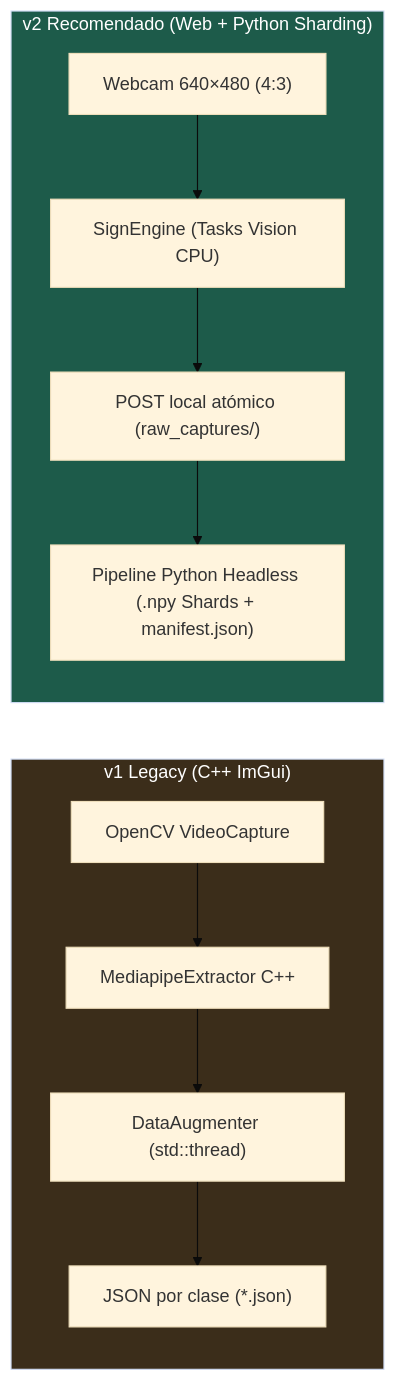
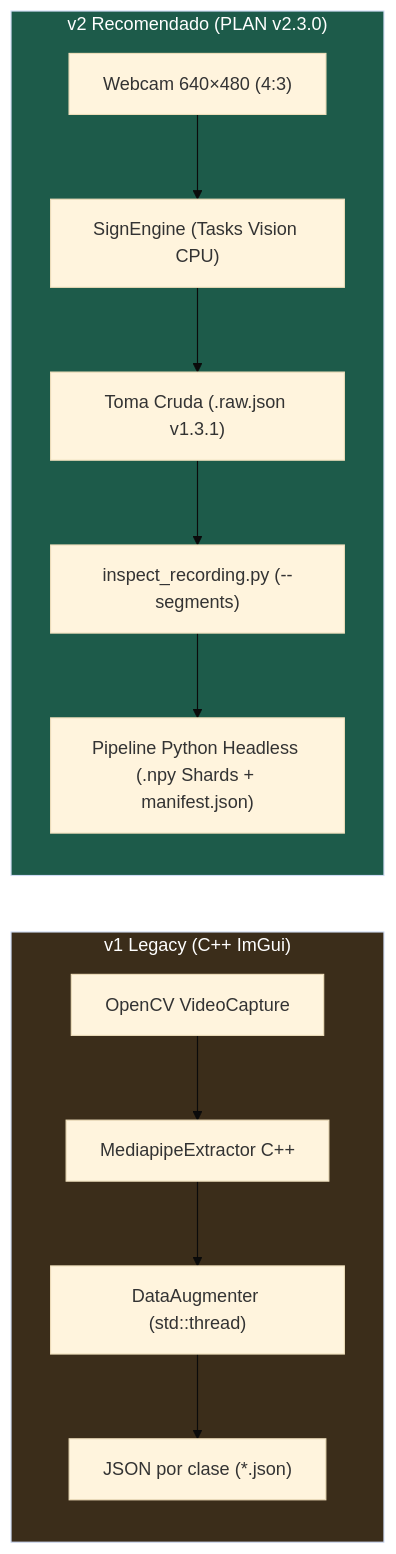
The diagram in Obsidian_exp/Explicacion del codigo/Dataset_Generator/Cpp_Generator.md (Salf423/expresat), drawn with Mermaid (base theme) before and after one commit. The commit also changed other lines of this file and 152 other files, not shown here.

````diff
--- a/Obsidian_exp/Explicacion del codigo/Dataset_Generator/Cpp_Generator.md
+++ b/Obsidian_exp/Explicacion del codigo/Dataset_Generator/Cpp_Generator.md
@@ -37,17 +38,18 @@
 ```mermaid
 flowchart LR
     subgraph Generador_v1 ["v1 Legacy (C++ ImGui)"]
         A1["OpenCV VideoCapture"] --> B1["MediapipeExtractor C++"]
         B1 --> C1["DataAugmenter (std::thread)"]
         C1 --> D1["JSON por clase (*.json)"]
     end
 
-    subgraph Generador_v2 ["v2 Recomendado (Web + Python Sharding)"]
+    subgraph Generador_v2 ["v2 Recomendado (PLAN v2.3.0)"]
         A2["Webcam 640×480 (4:3)"] --> B2["SignEngine (Tasks Vision CPU)"]
-        B2 --> C2["POST local atómico (raw_captures/)"]
-        C2 --> D2["Pipeline Python Headless (.npy Shards + manifest.json)"]
+        B2 --> C2["Toma Cruda (.raw.json v1.3.1)"]
+        C2 --> D2["inspect_recording.py (--segments)"]
+        D2 --> E2["Pipeline Python Headless (.npy Shards + manifest.json)"]
     end
 
     style Generador_v1 fill:#3b2d1a,color:#fff
     style Generador_v2 fill:#1d5b4a,color:#fff
 ```
````
